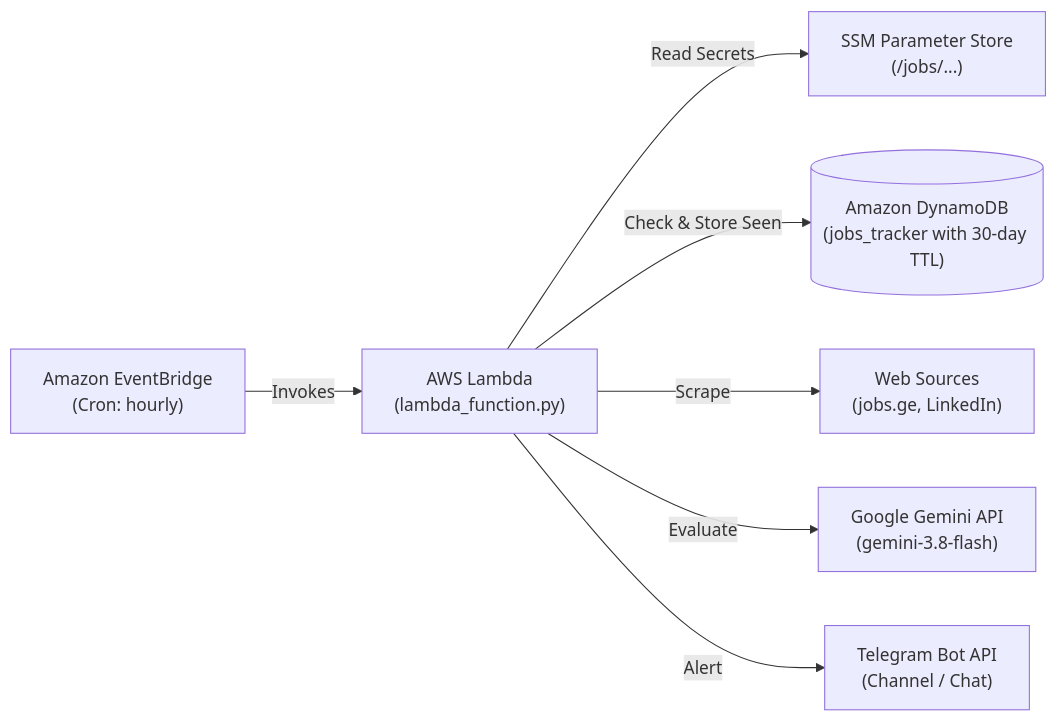
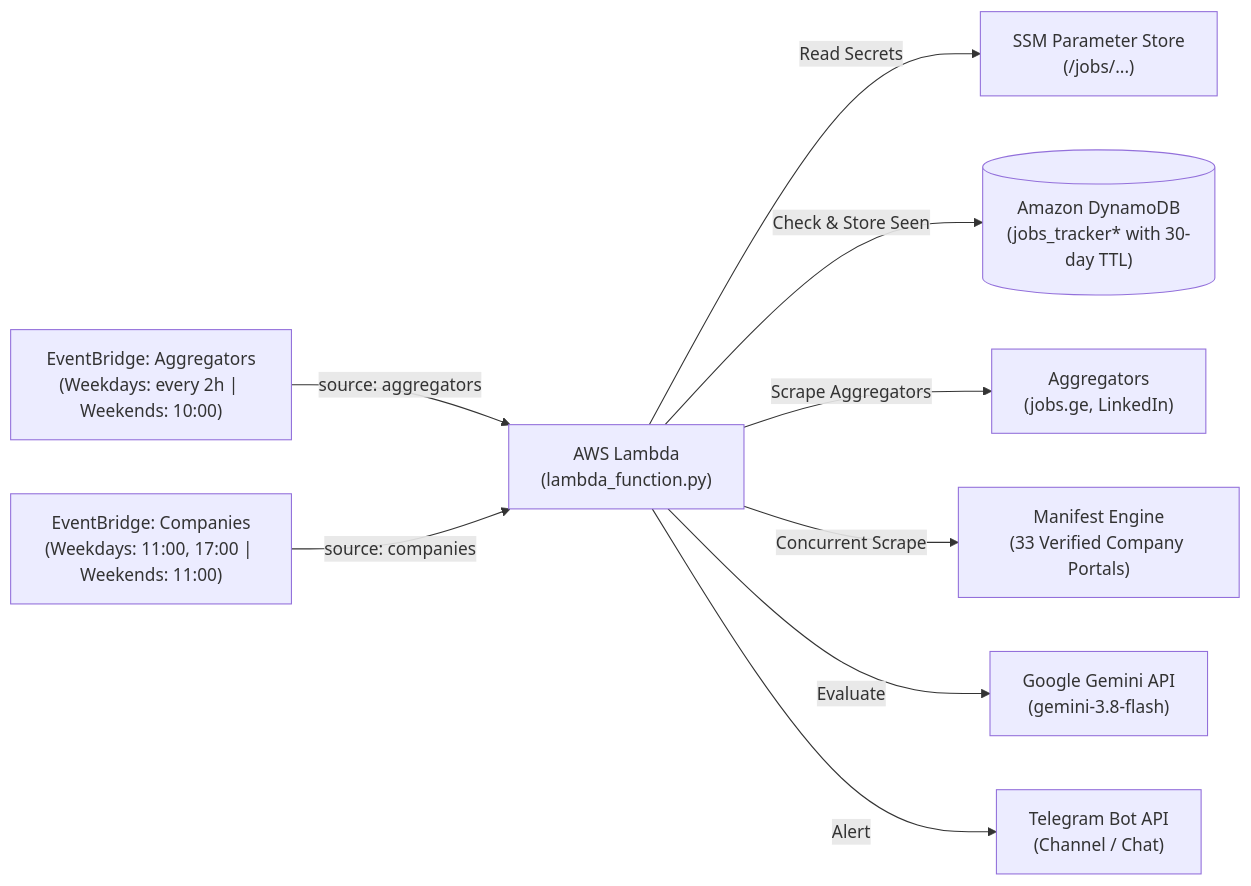
One commit to GigaGoriashvili/mestvire changed the diagram in README.md. Above: the diagram before and after it, drawn with Mermaid. The commit also changed other lines of this file and 17 other files, not shown here.

Commit message:
feat: integrate 33 company portals and 1-hour staggered EventBridge architecture

````diff
--- a/README.md
+++ b/README.md
@@ -9,9 +11,11 @@
 ```mermaid
 flowchart LR
-    EventBridge["Amazon EventBridge<br/>(Cron: hourly)"] -->|Invokes| Lambda["AWS Lambda<br/>(lambda_function.py)"]
+    EB1["EventBridge: Aggregators<br/>(Weekdays: every 2h | Weekends: 10:00)"] -->|"source: aggregators"| Lambda["AWS Lambda<br/>(lambda_function.py)"]
+    EB2["EventBridge: Companies<br/>(Weekdays: 11:00, 17:00 | Weekends: 11:00)"] -->|"source: companies"| Lambda
     Lambda -->|Read Secrets| SSM["SSM Parameter Store<br/>(/jobs/...)"]
-    Lambda -->|Check & Store Seen| DynamoDB[("Amazon DynamoDB<br/>(jobs_tracker with 30-day TTL)")]
-    Lambda -->|Scrape| Web["Web Sources<br/>(jobs.ge, LinkedIn)"]
+    Lambda -->|Check & Store Seen| DynamoDB[("Amazon DynamoDB<br/>(jobs_tracker* with 30-day TTL)")]
+    Lambda -->|Scrape Aggregators| Aggregators["Aggregators<br/>(jobs.ge, LinkedIn)"]
+    Lambda -->|Concurrent Scrape| ManifestEngine["Manifest Engine<br/>(33 Verified Company Portals)"]
     Lambda -->|Evaluate| Gemini["Google Gemini API<br/>(gemini-3.8-flash)"]
     Lambda -->|Alert| Telegram["Telegram Bot API<br/>(Channel / Chat)"]
 ```
````
